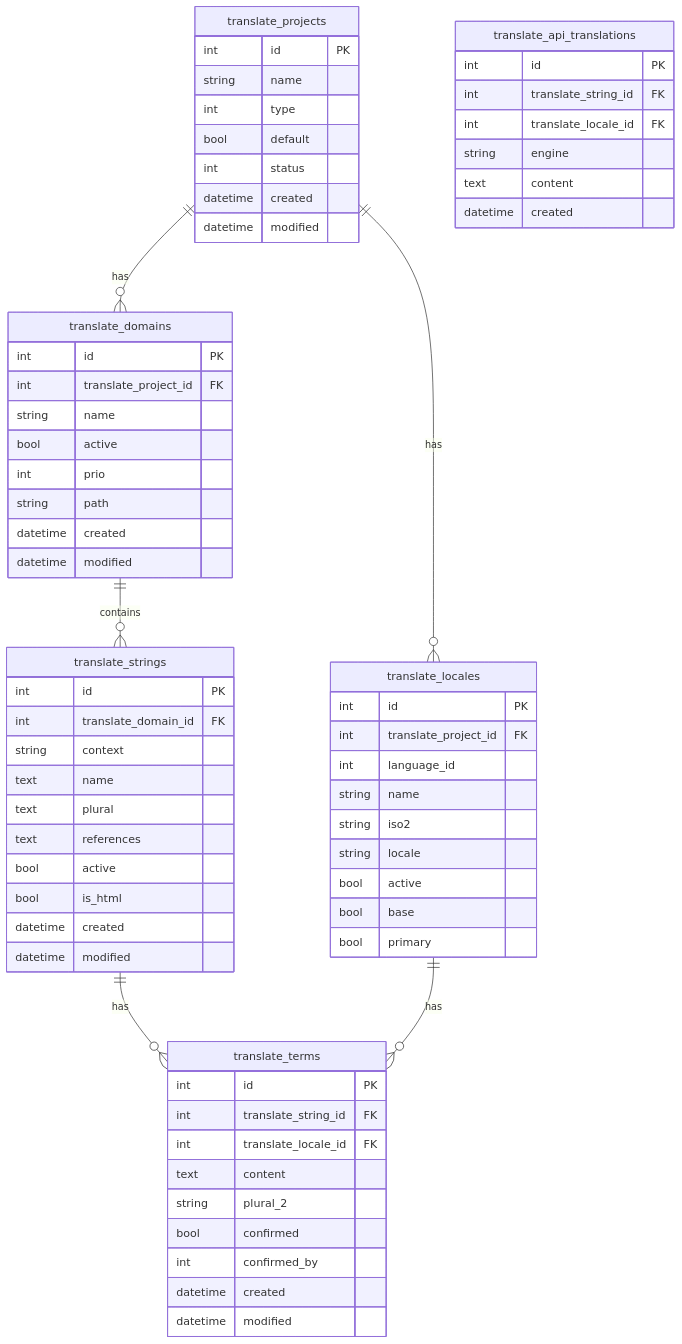
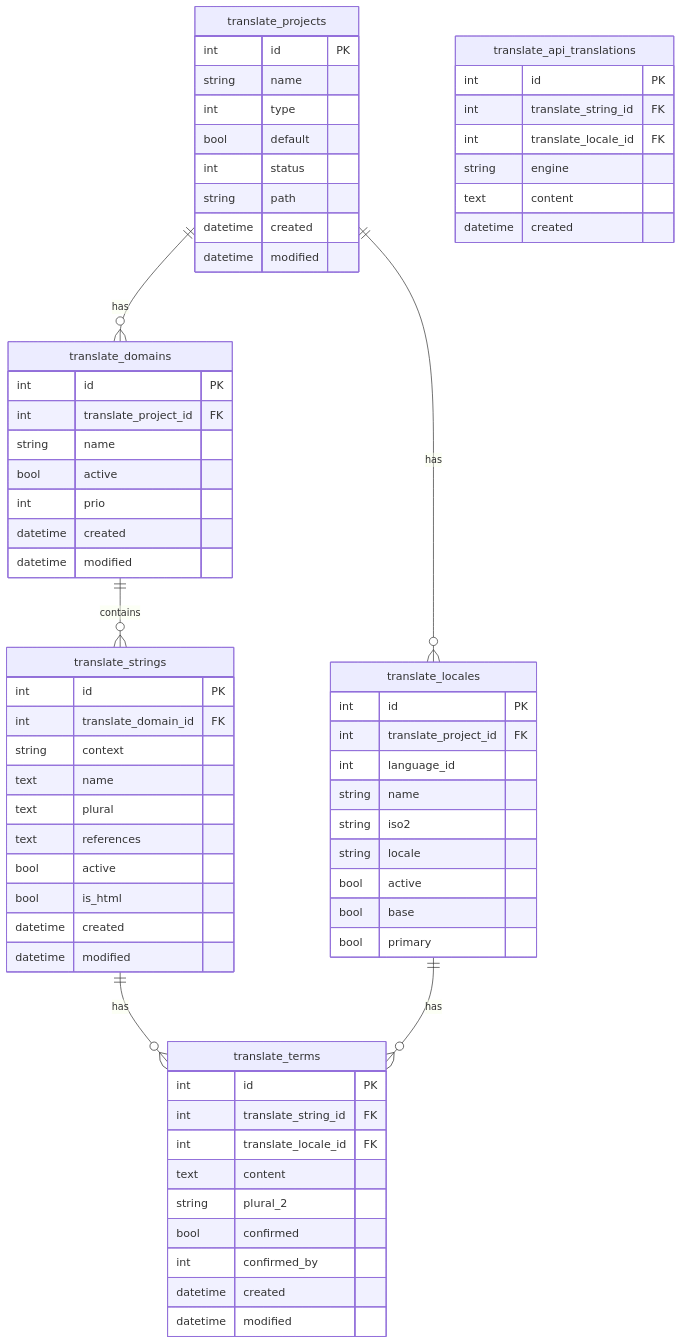
One commit to dereuromark/cakephp-translate changed the diagram in docs/README.md. Above: the diagram before and after it, drawn with Mermaid. The commit also changed other lines of this file and 3 other files, not shown here.

````diff
--- a/docs/README.md
+++ b/docs/README.md
@@ -44,70 +44,70 @@
 ```mermaid
 erDiagram
     translate_projects ||--o{ translate_domains : has
     translate_projects ||--o{ translate_locales : has
     translate_domains ||--o{ translate_strings : contains
     translate_strings ||--o{ translate_terms : has
     translate_locales ||--o{ translate_terms : has
 
     translate_projects {
         int id PK
         string name
         int type
         bool default
         int status
+        string path
         datetime created
         datetime modified
     }
     translate_domains {
         int id PK
         int translate_project_id FK
         string name
         bool active
         int prio
-        string path
         datetime created
         datetime modified
     }
     translate_locales {
         int id PK
         int translate_project_id FK
         int language_id
         string name
         string iso2
         string locale
         bool active
         bool base
         bool primary
     }
     translate_strings {
         int id PK
         int translate_domain_id FK
         string context
         text name
         text plural
         text references
         bool active
         bool is_html
         datetime created
         datetime modified
     }
     translate_terms {
         int id PK
         int translate_string_id FK
         int translate_locale_id FK
         text content
         string plural_2
         bool confirmed
         int confirmed_by
         datetime created
         datetime modified
     }
     translate_api_translations {
         int id PK
         int translate_string_id FK
         int translate_locale_id FK
         string engine
         text content
         datetime created
     }
 ```
````
